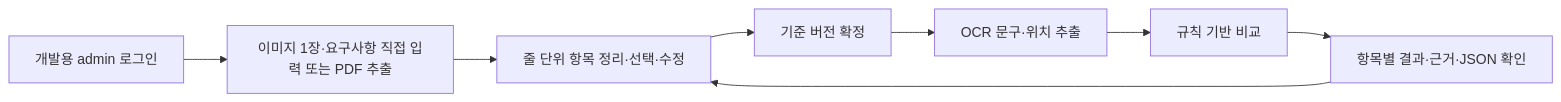
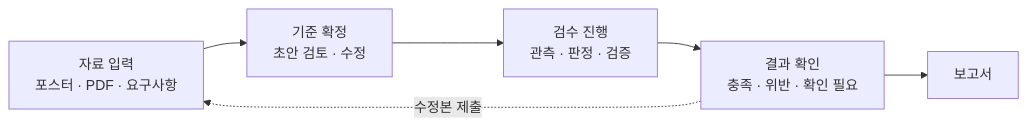
One commit to 20260528-skn-family-ai-33/SKN33-Final-1Team changed the first of 2 diagrams in README.md. Above: the diagram before and after it, drawn with Mermaid. The commit also changed other lines of this file and 5 other files, not shown here.

````diff
--- a/README.md
+++ b/README.md
@@ -92,10 +125,8 @@
 ```mermaid
 flowchart LR
-    L["개발용 admin 로그인"] --> U["이미지 1장·요구사항 직접 입력 또는 PDF 추출"]
-    U --> P["줄 단위 항목 정리·선택·수정"]
-    P --> S["기준 버전 확정"]
-    S --> O["OCR 문구·위치 추출"]
-    O --> M["규칙 기반 비교"]
-    M --> R["항목별 결과·근거·JSON 확인"]
-    R --> P
+    A["자료 입력<br/>포스터 · PDF · 요구사항"] --> B["기준 확정<br/>초안 검토 · 수정"]
+    B --> C["검수 진행<br/>관측 · 판정 · 검증"]
+    C --> D["결과 확인<br/>충족 · 위반 · 확인 필요"]
+    D --> E["보고서"]
+    D -. "수정본 제출" .-> A
 ```
````
